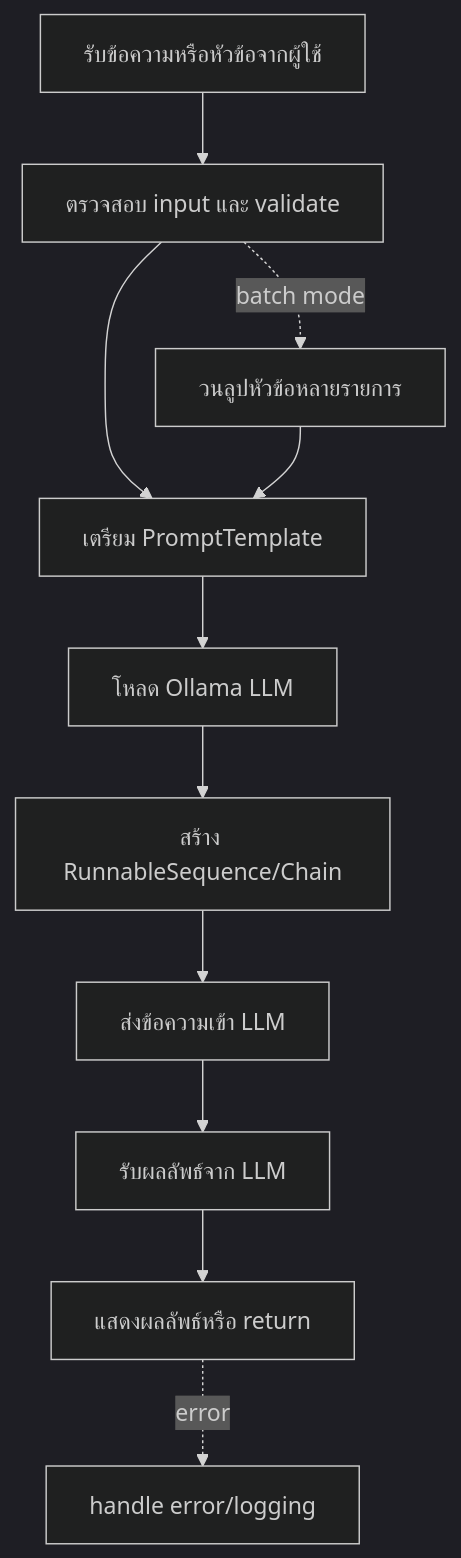
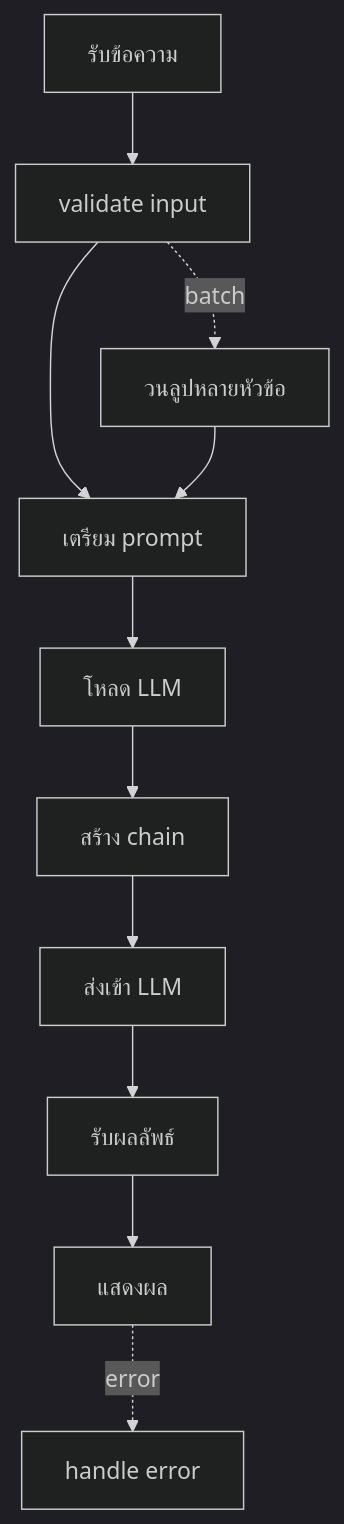
One commit to JonusNattapong/LangChainOllama changed the first of 16 diagrams in README.md. Above: the diagram before and after it, drawn with Mermaid (dark theme). The commit also changed other lines of this file, not shown here.

Commit message:
refactor: Simplify and clarify flow diagrams in README for better readability

````diff
--- a/README.md
+++ b/README.md
@@ -268,13 +268,13 @@
 ```mermaid
 graph TD
-    A[รับข้อความหรือหัวข้อจากผู้ใช้] --> B[ตรวจสอบ input และ validate]
-    B --> C[เตรียม PromptTemplate]
-    C --> D[โหลด Ollama LLM]
-    D --> E[สร้าง RunnableSequence/Chain]
-    E --> F[ส่งข้อความเข้า LLM]
-    F --> G[รับผลลัพธ์จาก LLM]
-    G --> H[แสดงผลลัพธ์หรือ return]
-    B -. batch mode .-> I[วนลูปหัวข้อหลายรายการ]
+    A[รับข้อความ] --> B[validate input]
+    B --> C[เตรียม prompt]
+    C --> D[โหลด LLM]
+    D --> E[สร้าง chain]
+    E --> F[ส่งเข้า LLM]
+    F --> G[รับผลลัพธ์]
+    G --> H[แสดงผล]
+    B -. batch .-> I[วนลูปหลายหัวข้อ]
     I --> C
-    H -. error .-> J[handle error/logging]
+    H -. error .-> J[handle error]
 ```
````
